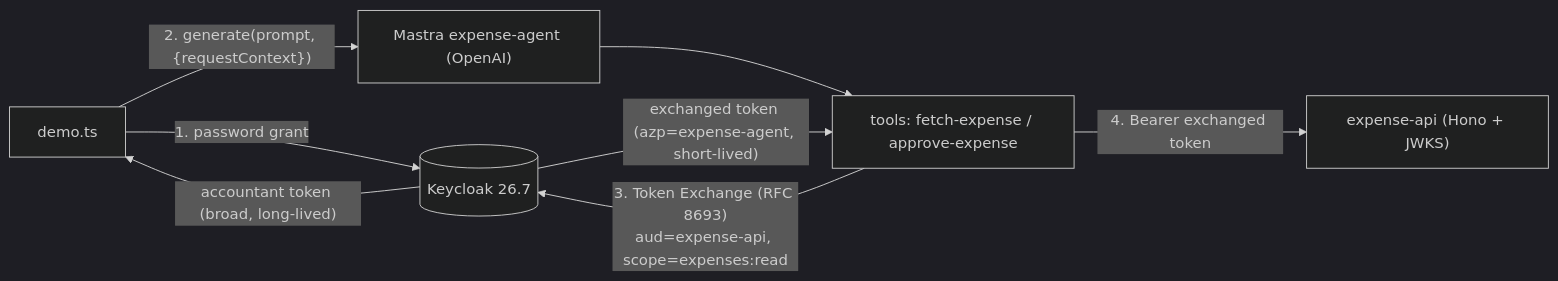
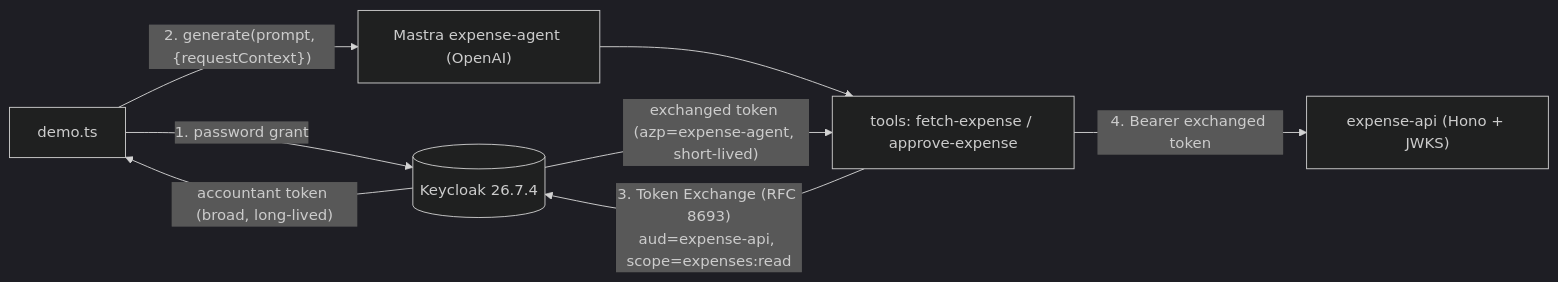
One commit to atkei/agent-token-exchange-demo changed the diagram in README.md. Above: the diagram before and after it, drawn with Mermaid (dark theme). The commit also changed other lines of this file and 6 other files, not shown here.

First line of the commit message:
Refresh demo for Keycloak 26.7.4 and gpt-6-luna

````diff
--- a/README.md
+++ b/README.md
@@ -18,10 +18,10 @@
 ```mermaid
 graph LR
-  D["demo.ts"] -->|"1. password grant"| KC[("Keycloak 26.7")]
+  D["demo.ts"] -->|"1. password grant"| KC[("Keycloak 26.7.4")]
   KC -->|"accountant token (broad, long-lived)"| D
   D -->|"2. generate(prompt, {requestContext})"| AG["Mastra expense-agent (OpenAI)"]
   AG --> T["tools: fetch-expense / approve-expense"]
   T -->|"3. Token Exchange (RFC 8693)<br/>aud=expense-api, scope=expenses:read"| KC
   KC -->|"exchanged token (azp=expense-agent, short-lived)"| T
   T -->|"4. Bearer exchanged token"| API["expense-api (Hono + JWKS)"]
 ```
````
